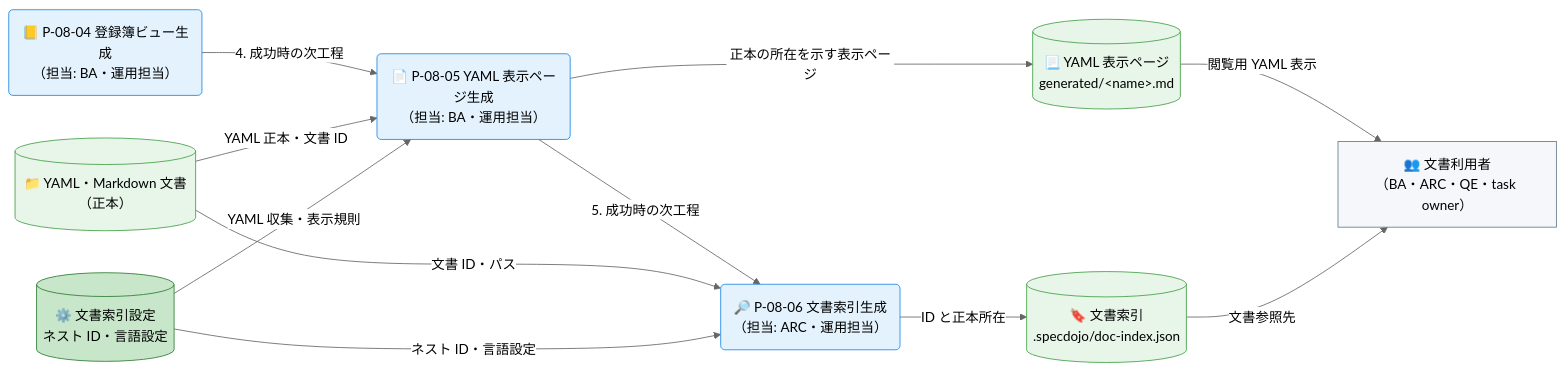
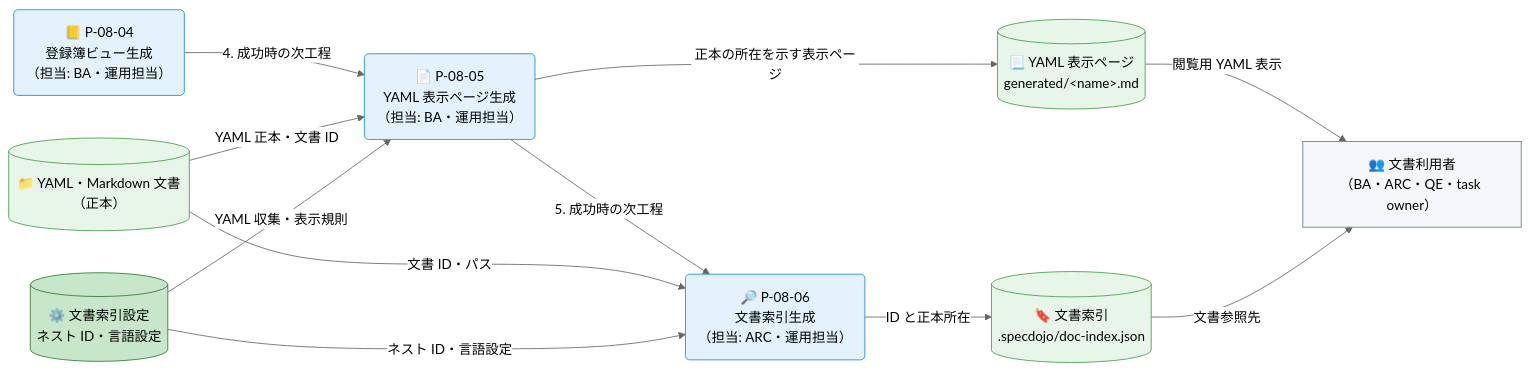
One commit to specdojo/specdojo changed the second of 3 diagrams in docs/ja/product/010-business-specs/010-data-flow/cdfd-derived-content.md. Above: the diagram before and after it, drawn with Mermaid (neutral theme). The commit also changed other lines of this file and 7 other files, not shown here.

````diff
--- a/docs/ja/product/010-business-specs/010-data-flow/cdfd-derived-content.md
+++ b/docs/ja/product/010-business-specs/010-data-flow/cdfd-derived-content.md
@@ -124,36 +124,36 @@
 ```mermaid
 flowchart LR
   classDef process fill:#e3f2fd,stroke:#1e88e5,color:#000
   classDef storeMaster fill:#c8e6c9,stroke:#2e7d32,color:#000
   classDef storeTransaction fill:#e8f5e9,stroke:#43a047,color:#000
   classDef actor fill:#f5f7fa,stroke:#607d8b,color:#000
 
   文書利用者["👥 文書利用者<br>（BA・ARC・QE・task owner）"]
 
-  登録簿ビュー生成("📒 P-08-04 登録簿ビュー生成<br>（担当: BA・運用担当）")
-  YAML表示ページ生成("📄 P-08-05 YAML 表示ページ生成<br>（担当: BA・運用担当）")
-  文書索引生成("🔎 P-08-06 文書索引生成<br>（担当: ARC・運用担当）")
+  登録簿ビュー生成("📒 P-08-04<br>登録簿ビュー生成<br>（担当: BA・運用担当）")
+  YAML表示ページ生成("📄 P-08-05<br>YAML 表示ページ生成<br>（担当: BA・運用担当）")
+  文書索引生成("🔎 P-08-06<br>文書索引生成<br>（担当: ARC・運用担当）")
 
   YAMLMarkdown文書[("📁 YAML・Markdown 文書（正本）")]
   文書索引設定[("⚙️ 文書索引設定<br>ネスト ID・言語設定")]
   YAML表示ページ[("📃 YAML 表示ページ<br>generated/&lt;name&gt;.md")]
   文書索引[("🔖 文書索引<br>.specdojo/doc-index.json")]
 
   登録簿ビュー生成 -->|"4. 成功時の次工程"| YAML表示ページ生成
   YAML表示ページ生成 -->|"5. 成功時の次工程"| 文書索引生成
 
   YAMLMarkdown文書 -->|"YAML 正本・文書 ID"| YAML表示ページ生成
   文書索引設定 -->|"YAML 収集・表示規則"| YAML表示ページ生成
   YAML表示ページ生成 -->|"正本の所在を示す表示ページ"| YAML表示ページ
   YAMLMarkdown文書 -->|"文書 ID・パス"| 文書索引生成
   文書索引設定 -->|"ネスト ID・言語設定"| 文書索引生成
   文書索引生成 -->|"ID と正本所在"| 文書索引
 
   YAML表示ページ -->|"閲覧用 YAML 表示"| 文書利用者
   文書索引 -->|"文書参照先"| 文書利用者
 
   class 登録簿ビュー生成,YAML表示ページ生成,文書索引生成 process
   class 文書索引設定 storeMaster
   class YAMLMarkdown文書,YAML表示ページ,文書索引 storeTransaction
   class 文書利用者 actor
 ```
````
